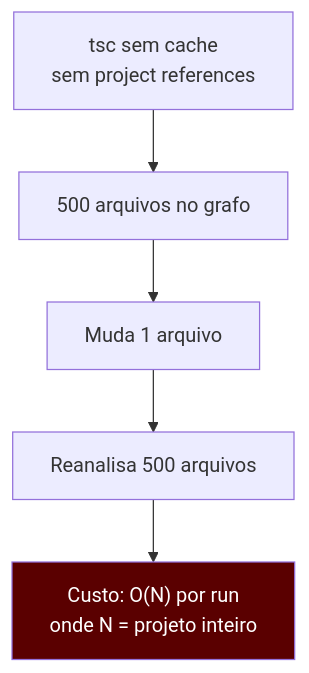
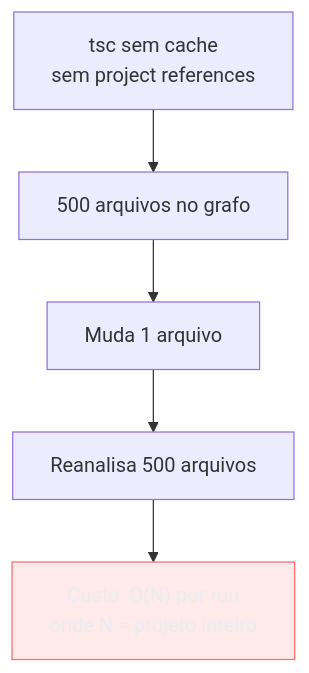
Before and after one commit to josenaldo/codex-technomanticus: the first of 8 diagrams in 03-Dominios/Tecnologia/TypeScript/25 - TypeScript em escala - performance do compilador e project references.md, drawn with Mermaid. The commit also changed other lines of this file and 1181 other files, not shown here.

First line of the commit message:
fix(diagramas): paleta do sistema no lugar de cor cravada no markdown

````diff
--- a/03-Dominios/Tecnologia/TypeScript/25 - TypeScript em escala - performance do compilador e project references.md
+++ b/03-Dominios/Tecnologia/TypeScript/25 - TypeScript em escala - performance do compilador e project references.md
@@ -38,12 +38,13 @@
 ```mermaid
 graph TD
+    classDef falha fill:#FF6B6B24,stroke:#FF6B6B,color:#E9ECF2
     A["tsc sem cache\nsem project references"]
     B["500 arquivos no grafo"]
     C["Muda 1 arquivo"]
     D["Reanalisa 500 arquivos"]
     E["Custo: O(N) por run\nonde N = projeto inteiro"]
 
     A --> B --> C --> D --> E
 
-    style E fill:#5a0000,color:#fff
+    class E falha
 ```
````
